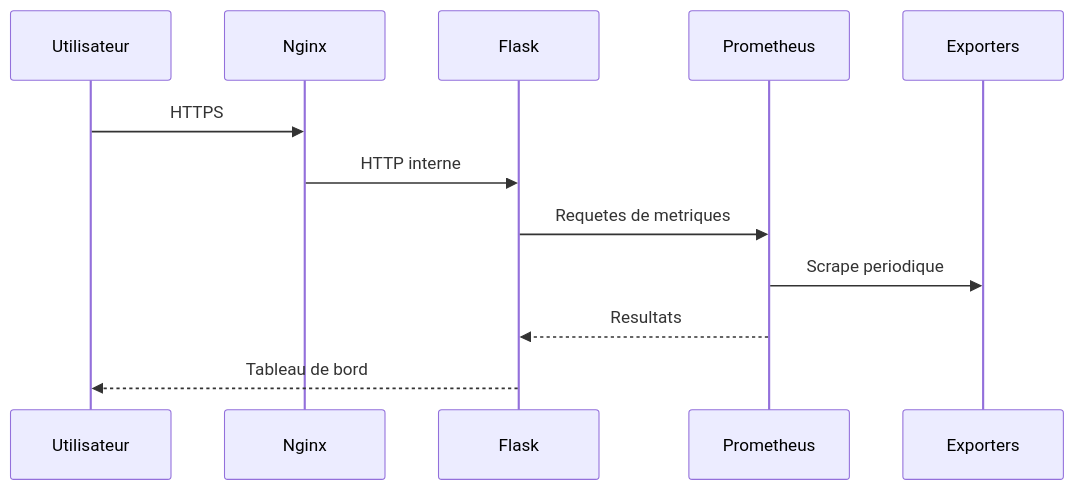
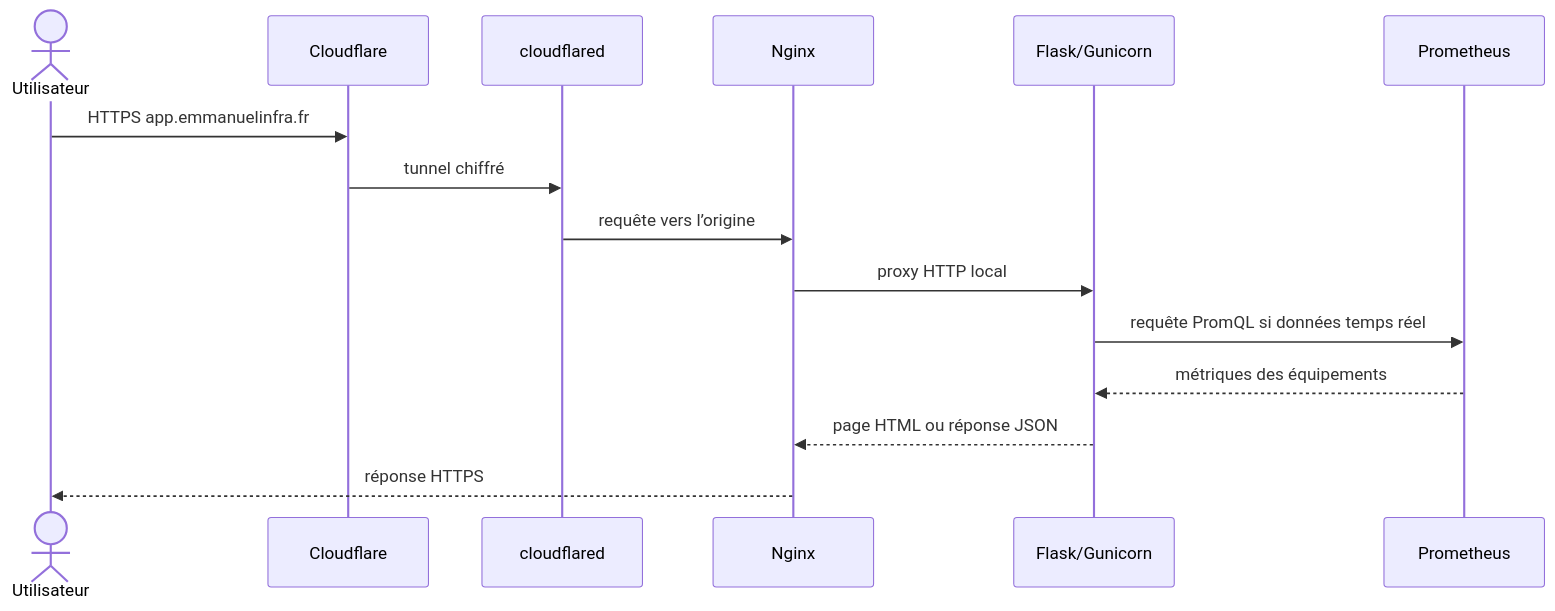
Before and after one commit to Emmanuel110499/secure-local-cloud-infrastructure-v2: the second of 3 diagrams in docs/ARCHITECTURE.md, drawn with Mermaid. The commit also changed other lines of this file and 76 other files, not shown here.

````diff
--- a/docs/ARCHITECTURE.md
+++ b/docs/ARCHITECTURE.md
@@ -15,14 +76,18 @@
 ```mermaid
 sequenceDiagram
-    participant U as Utilisateur
+    actor U as Utilisateur
+    participant C as Cloudflare
+    participant T as cloudflared
     participant N as Nginx
-    participant F as Flask
+    participant F as Flask/Gunicorn
     participant P as Prometheus
-    participant E as Exporters
-    U->>N: HTTPS
-    N->>F: HTTP interne
-    F->>P: Requetes de metriques
-    P->>E: Scrape periodique
-    P-->>F: Resultats
-    F-->>U: Tableau de bord
+
+    U->>C: HTTPS app.emmanuelinfra.fr
+    C->>T: tunnel chiffré
+    T->>N: requête vers l’origine
+    N->>F: proxy HTTP local
+    F->>P: requête PromQL si données temps réel
+    P-->>F: métriques des équipements
+    F-->>N: page HTML ou réponse JSON
+    N-->>U: réponse HTTPS
 ```
````
